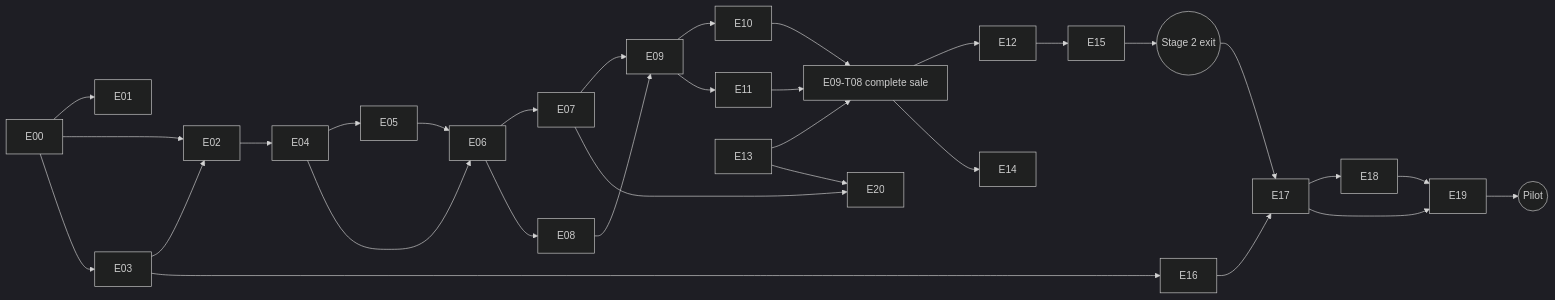
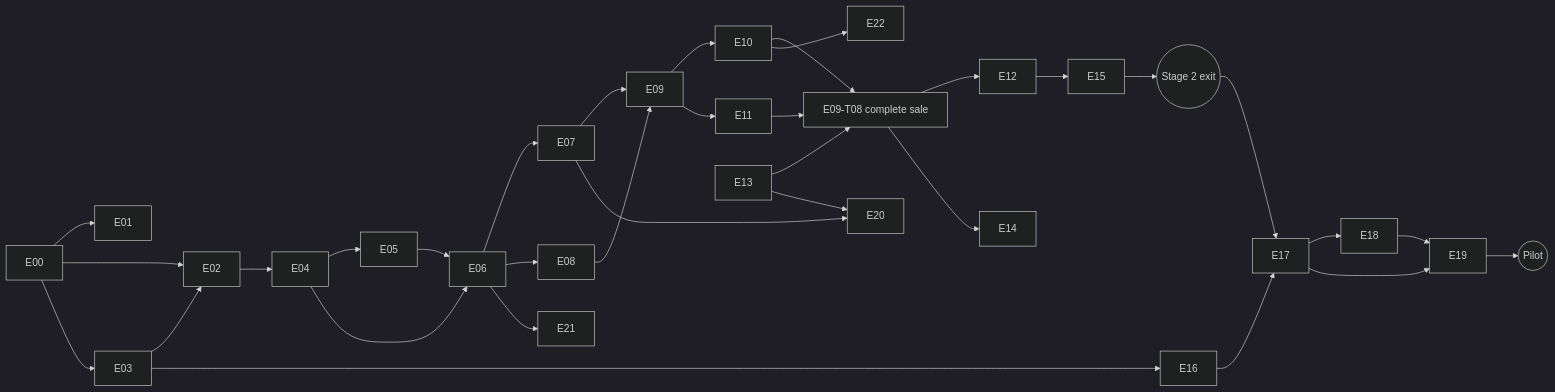
One commit to orbitratechnology/sale-os changed the diagram in docs/backlog/01-epics-and-traceability.md. Above: the diagram before and after it, drawn with Mermaid (dark theme). The commit also changed other lines of this file and 6 other files, not shown here.

````diff
--- a/docs/backlog/01-epics-and-traceability.md
+++ b/docs/backlog/01-epics-and-traceability.md
@@ -31,26 +33,28 @@
 ```mermaid
 graph LR
   E00 --> E01 & E02 & E03
   E03 --> E02
   E02 --> E04 --> E05
   E04 --> E06
   E05 --> E06
   E06 --> E07 & E08
   E07 --> E09
   E08 --> E09
   E09 --> E10 & E11
   E10 --> E09C[E09-T08 complete sale]
   E11 --> E09C
   E13 --> E09C
   E09C --> E12 --> E15
   E09C --> E14
   E15 --> STAGE2((Stage 2 exit))
   E03 --> E16
   E16 --> E17
   STAGE2 --> E17 --> E18
   E17 --> E19
   E18 --> E19
   E19 --> PILOT((Pilot))
   E13 --> E20
   E07 --> E20
+  E06 --> E21
+  E10 --> E22
 ```
````
